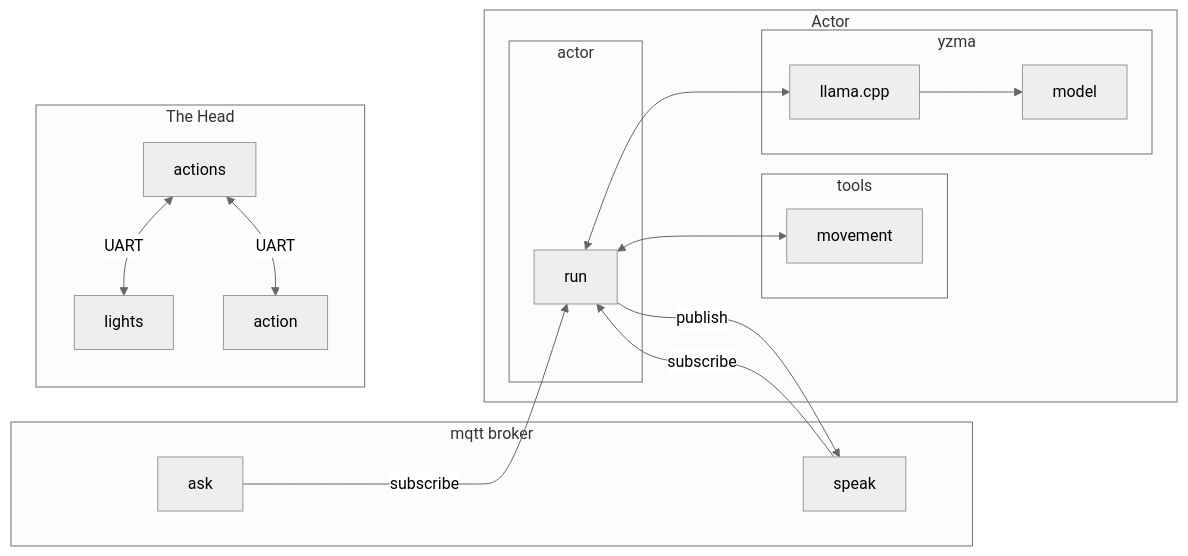
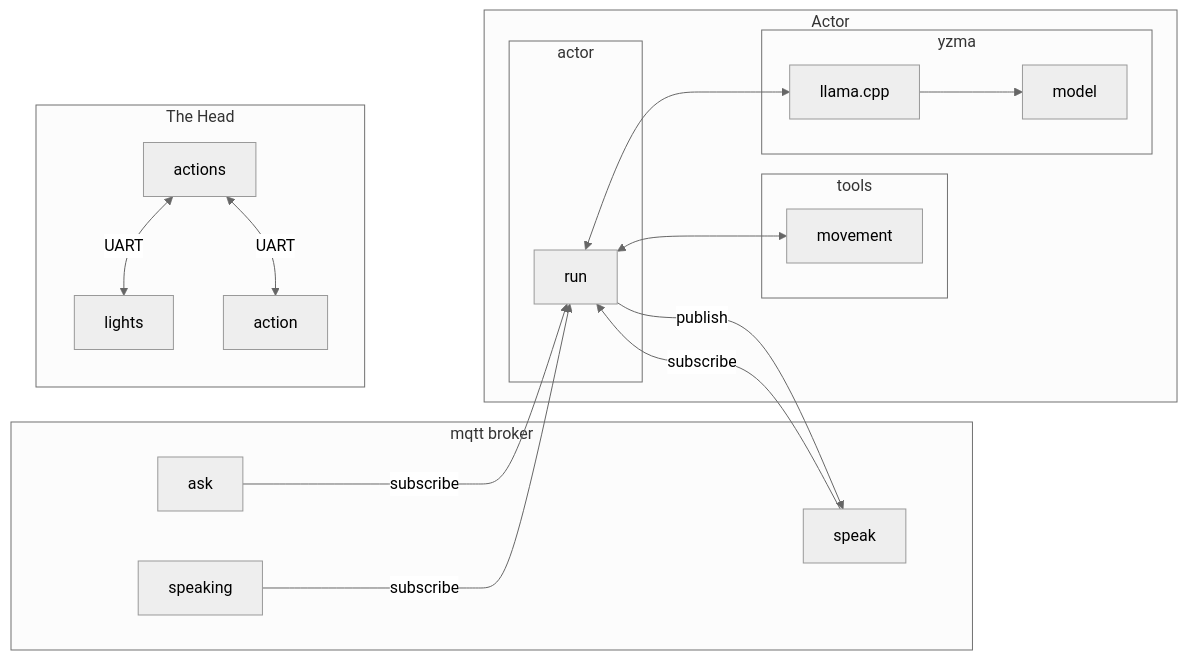
The second of 6 diagrams in README.md (deadprogram/talkingheads), drawn with Mermaid (neutral theme) before and after one commit. The commit also changed other lines of this file and 14 other files, not shown here.

````diff
--- a/README.md
+++ b/README.md
@@ -39,26 +42,28 @@
 ```mermaid
 flowchart LR
 subgraph mqtt broker
     ask
     speak
+    speaking
 end
 subgraph Actor
     subgraph actor
         run
     end
     subgraph tools
         run<-->movement
     end
     subgraph yzma
         run<-->llama.cpp
         llama.cpp-->model
     end
     ask-- subscribe -->run
     run-- publish -->speak
     speak-- subscribe -->run
+    speaking-- subscribe -->run
 end
 subgraph The Head
     actions<-- UART -->lights
     actions<-- UART -->action
 end
 ```
````
